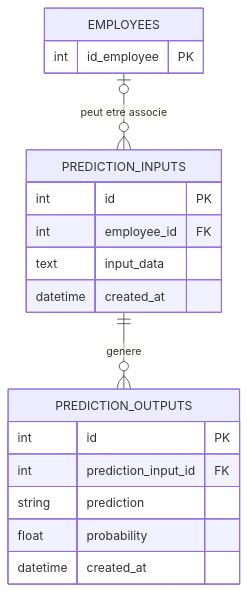
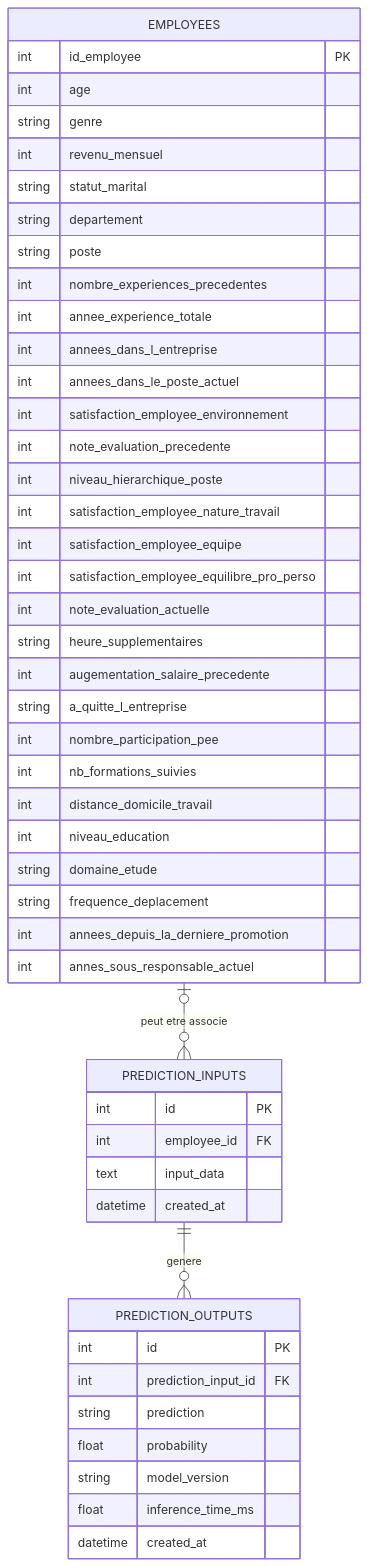
Before and after one commit to rafadmgs/machine_learning_deployment: the diagram in presentation/diagramme_bdd.mmd, drawn with Mermaid. The commit also changed 8 other files, not shown here.

```diff
--- a/presentation/diagramme_bdd.mmd
+++ b/presentation/diagramme_bdd.mmd
@@ -1,22 +1,53 @@
+
 erDiagram
     EMPLOYEES o|--o{ PREDICTION_INPUTS : "peut etre associe"
     PREDICTION_INPUTS ||--o{ PREDICTION_OUTPUTS : "genere"
 
     EMPLOYEES {
         int id_employee PK
+        int age
+        string genre
+        int revenu_mensuel
+        string statut_marital
+        string departement
+        string poste
+        int nombre_experiences_precedentes
+        int annee_experience_totale
+        int annees_dans_l_entreprise
+        int annees_dans_le_poste_actuel
+        int satisfaction_employee_environnement
+        int note_evaluation_precedente
+        int niveau_hierarchique_poste
+        int satisfaction_employee_nature_travail
+        int satisfaction_employee_equipe
+        int satisfaction_employee_equilibre_pro_perso
+        int note_evaluation_actuelle
+        string heure_supplementaires
+        int augementation_salaire_precedente
+        string a_quitte_l_entreprise
+        int nombre_participation_pee
+        int nb_formations_suivies
+        int distance_domicile_travail
+        int niveau_education
+        string domaine_etude
+        string frequence_deplacement
+        int annees_depuis_la_derniere_promotion
+        int annes_sous_responsable_actuel
     }
 
     PREDICTION_INPUTS {
         int id PK
         int employee_id FK
         text input_data
         datetime created_at
     }
 
     PREDICTION_OUTPUTS {
         int id PK
         int prediction_input_id FK
         string prediction
         float probability
+        string model_version
+        float inference_time_ms
         datetime created_at
     }
```
